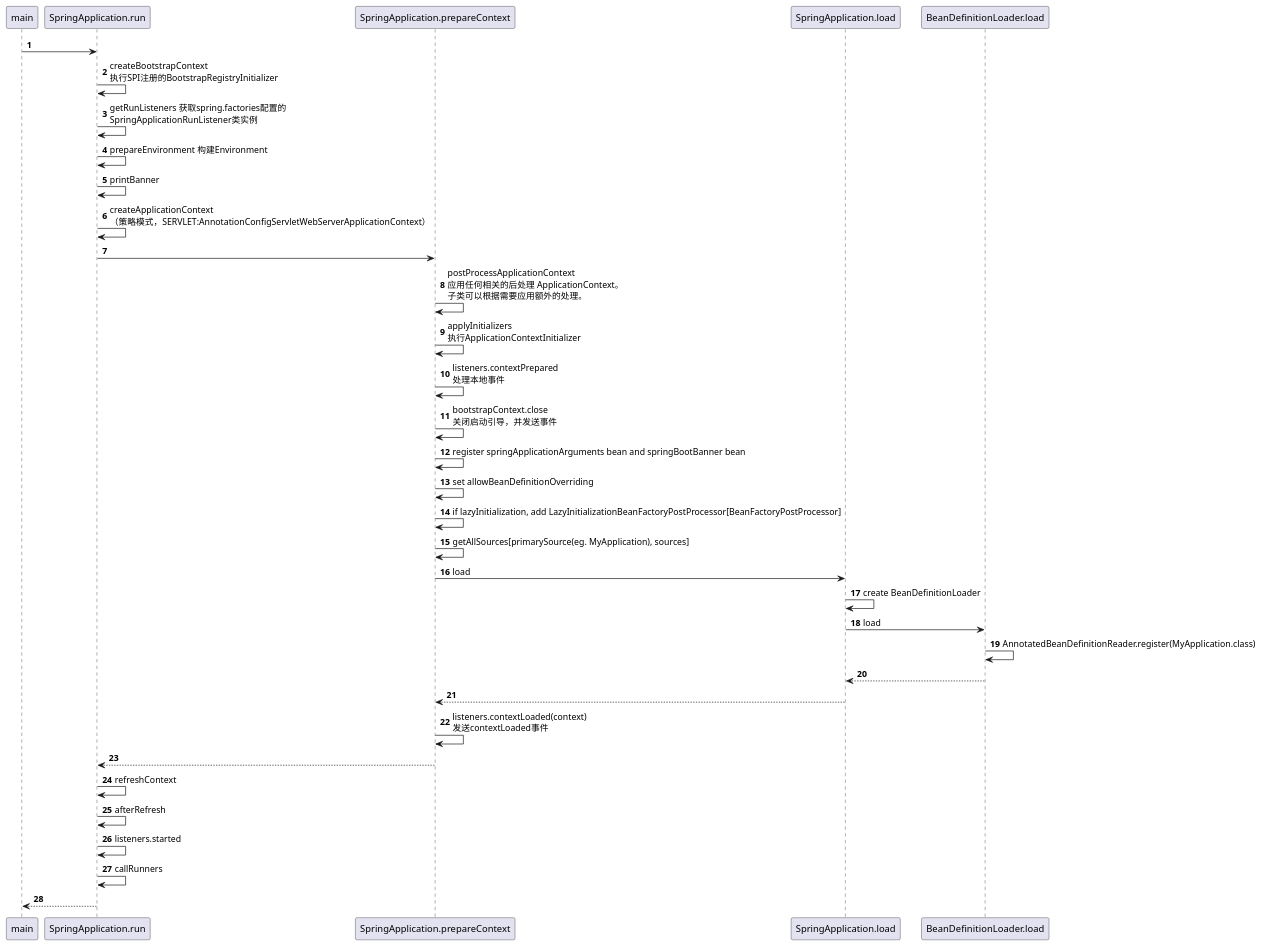
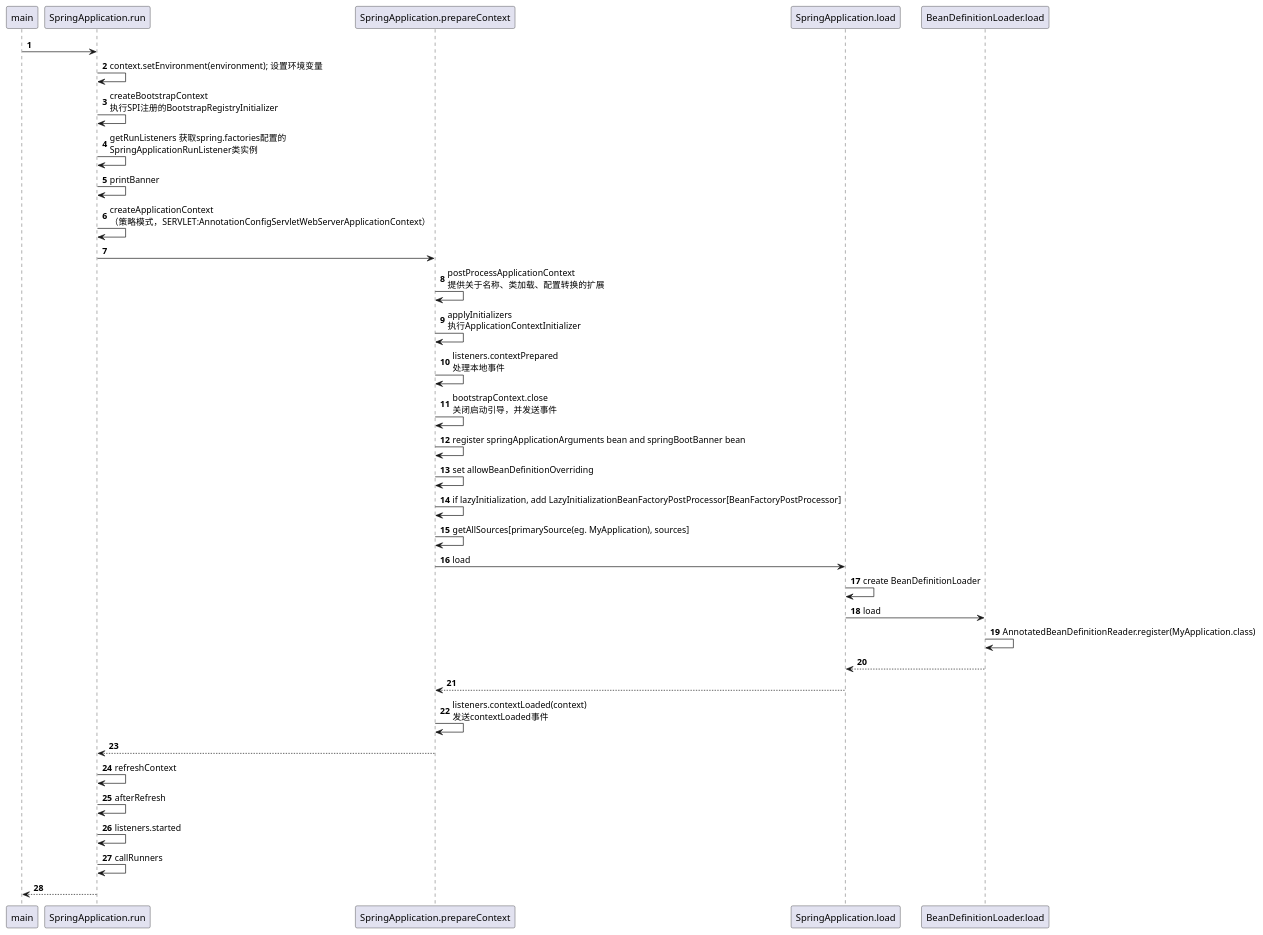
One commit to walklown/daily-code changed the diagram in design/spring/Starter 2 Prepare Application Context.puml. Above: the diagram before and after it, drawn with PlantUML. The commit also changed 15 other files, not shown here.

```diff
--- a/design/spring/Starter 2 Prepare Application Context.puml
+++ b/design/spring/Starter 2 Prepare Application Context.puml
@@ -1,35 +1,35 @@
 @startuml
 'https://plantuml.com/sequence-diagram
 
 autonumber
 
 main -> SpringApplication.run
+SpringApplication.run -> SpringApplication.run : context.setEnvironment(environment); 设置环境变量
 SpringApplication.run -> SpringApplication.run : createBootstrapContext\n执行SPI注册的BootstrapRegistryInitializer
 SpringApplication.run -> SpringApplication.run : getRunListeners 获取spring.factories配置的\nSpringApplicationRunListener类实例
-SpringApplication.run -> SpringApplication.run : prepareEnvironment 构建Environment
 SpringApplication.run -> SpringApplication.run : printBanner
 SpringApplication.run -> SpringApplication.run : createApplicationContext\n（策略模式，SERVLET:AnnotationConfigServletWebServerApplicationContext）
 SpringApplication.run -> SpringApplication.prepareContext
-SpringApplication.prepareContext -> SpringApplication.prepareContext : postProcessApplicationContext\n应用任何相关的后处理 ApplicationContext。 \n子类可以根据需要应用额外的处理。
+SpringApplication.prepareContext -> SpringApplication.prepareContext : postProcessApplicationContext\n提供关于名称、类加载、配置转换的扩展
 SpringApplication.prepareContext -> SpringApplication.prepareContext : applyInitializers\n执行ApplicationContextInitializer
 SpringApplication.prepareContext -> SpringApplication.prepareContext : listeners.contextPrepared\n处理本地事件
 SpringApplication.prepareContext -> SpringApplication.prepareContext : bootstrapContext.close\n关闭启动引导，并发送事件
 SpringApplication.prepareContext -> SpringApplication.prepareContext : register springApplicationArguments bean and springBootBanner bean
 SpringApplication.prepareContext -> SpringApplication.prepareContext : set allowBeanDefinitionOverriding
 SpringApplication.prepareContext -> SpringApplication.prepareContext : if lazyInitialization, add LazyInitializationBeanFactoryPostProcessor[BeanFactoryPostProcessor]
 SpringApplication.prepareContext -> SpringApplication.prepareContext : getAllSources[primarySource(eg. MyApplication), sources]
 SpringApplication.prepareContext -> SpringApplication.load : load
 SpringApplication.load -> SpringApplication.load : create BeanDefinitionLoader
 SpringApplication.load -> BeanDefinitionLoader.load : load
 BeanDefinitionLoader.load -> BeanDefinitionLoader.load : AnnotatedBeanDefinitionReader.register(MyApplication.class)
 BeanDefinitionLoader.load --> SpringApplication.load
 SpringApplication.load --> SpringApplication.prepareContext
 SpringApplication.prepareContext -> SpringApplication.prepareContext : listeners.contextLoaded(context)\n发送contextLoaded事件
 SpringApplication.prepareContext --> SpringApplication.run
 SpringApplication.run -> SpringApplication.run : refreshContext
 SpringApplication.run -> SpringApplication.run : afterRefresh
 SpringApplication.run -> SpringApplication.run : listeners.started
 SpringApplication.run -> SpringApplication.run : callRunners
 SpringApplication.run --> main
 
 @enduml
```
